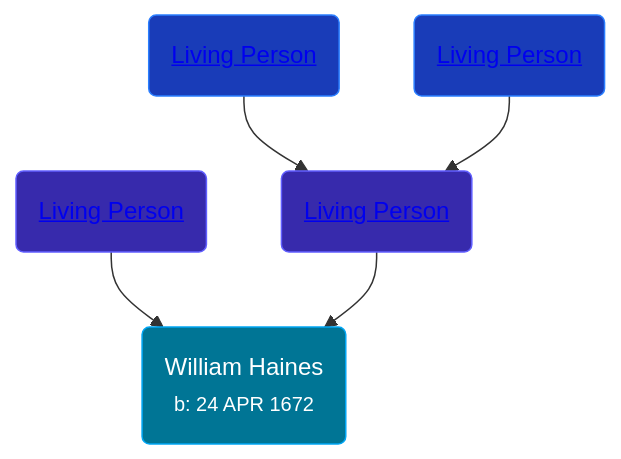
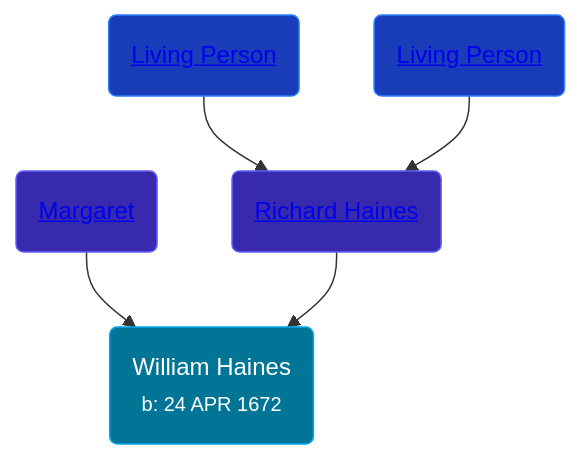
The diagram in pages/people/5/5796916.md (wpmgotkh/wpmgotkh.github.io), drawn with Mermaid before and after one commit. The commit also changed other lines of this file and 586 other files, not shown here.

Commit message:
feat: better shouldConsiderPersonLiving algo

````diff
--- a/pages/people/5/5796916.md
+++ b/pages/people/5/5796916.md
@@ -11,11 +11,11 @@
 ```mermaid
 graph
 classDef grands fill:#193cb8,stroke:#2b7fff,stroke-width:1px,color:#fff;
 classDef parents fill:#372aac,stroke:#615fff,stroke-width:1px,color:#fff;
 classDef primary fill:#007595,stroke:#00a6f4,stroke-width:1px,color:#fff;
 5796916(William Haines<br /><small>b: 24 APR 1672</small>):::primary
-57067327(<a class="text-white" href="/people/5/57067327">Living Person</a>):::parents-->5796916
-25122588(<a class="text-white" href="/people/2/25122588">Living Person</a>):::parents-->5796916
+57067327(<a class="text-white" href="/people/5/57067327">Margaret </a>):::parents-->5796916
+25122588(<a class="text-white" href="/people/2/25122588">Richard Haines</a>):::parents-->5796916
 2215969(<a class="text-white" href="/people/2/2215969">Living Person</a>):::grands-->25122588
 66828208(<a class="text-white" href="/people/6/66828208">Living Person</a>):::grands-->25122588
 ```
````
